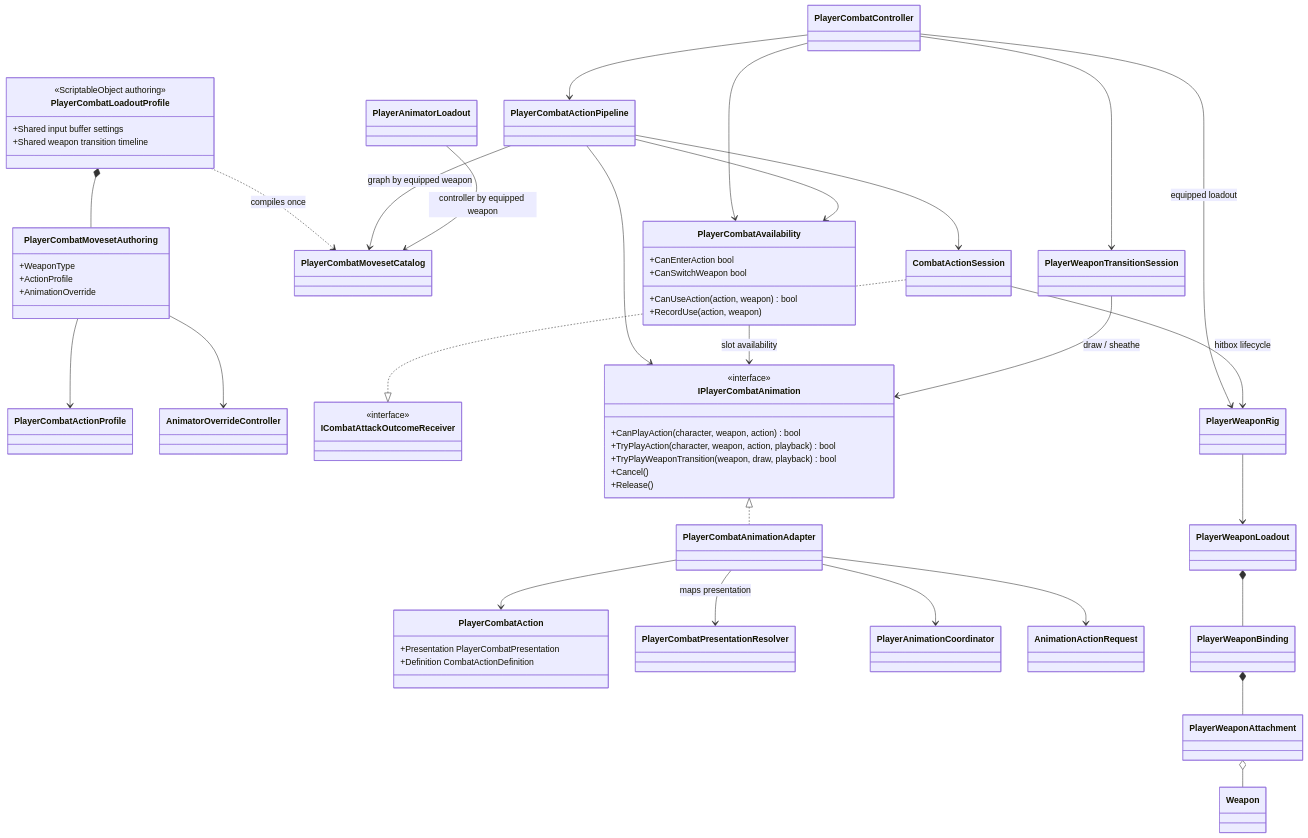
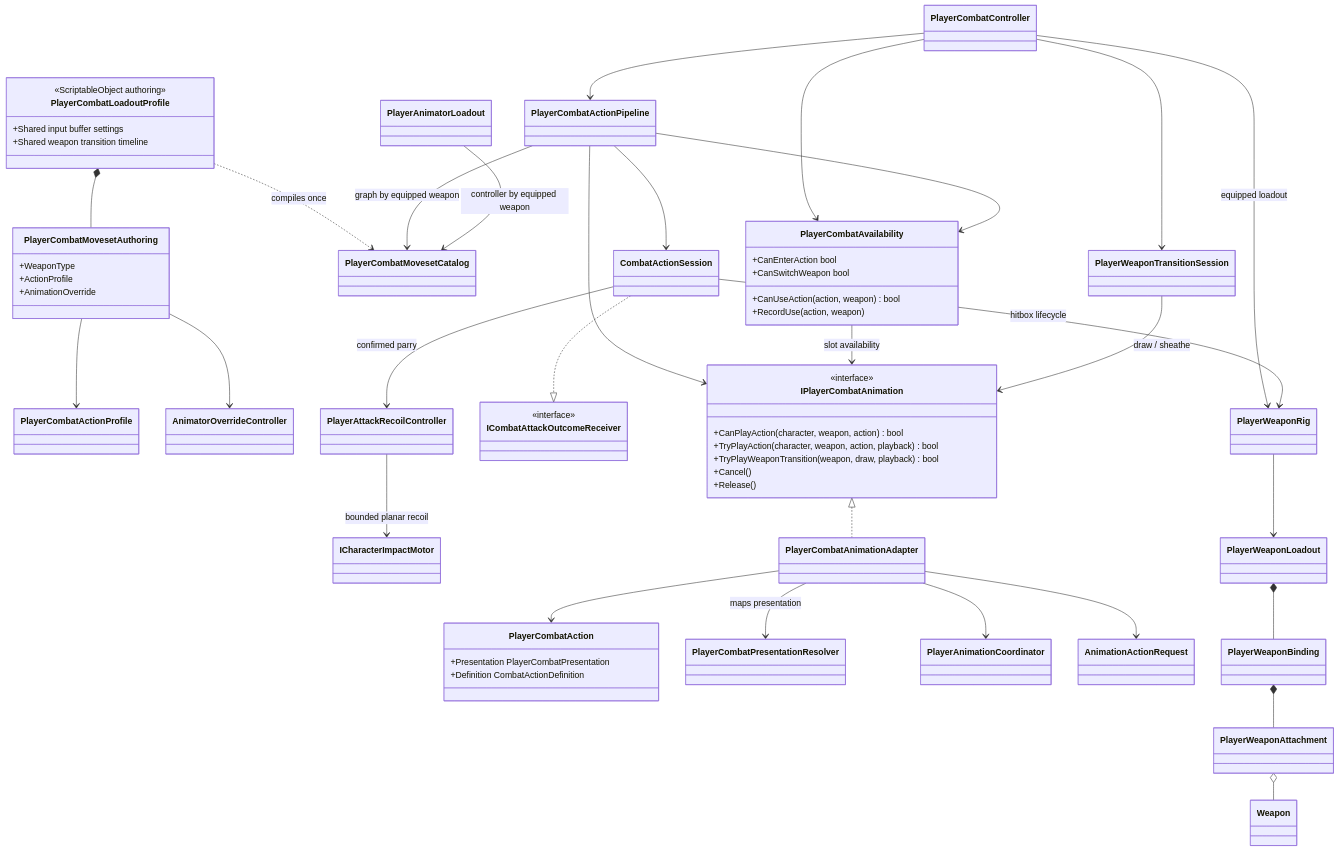
Before and after one commit to MaximFonariuc/project-s: the diagram in Assets/_App/Core/Runtime/Combat/Player/README.md, drawn with Mermaid. The commit also changed other lines of this file and 2 other files, not shown here.

Commit message:
feat(combat): add planar parry recoil

````diff
--- a/Assets/_App/Core/Runtime/Combat/Player/README.md
+++ b/Assets/_App/Core/Runtime/Combat/Player/README.md
@@ -7,78 +7,82 @@
 ```mermaid
 classDiagram
     class PlayerCombatController
     class PlayerCombatActionPipeline
     class PlayerCombatLoadoutProfile {
         <<ScriptableObject authoring>>
         +Shared input buffer settings
         +Shared weapon transition timeline
     }
     class PlayerCombatMovesetAuthoring {
         +WeaponType
         +ActionProfile
         +AnimationOverride
     }
     class PlayerCombatMovesetCatalog
     class PlayerCombatActionProfile
     class PlayerAnimatorLoadout
     class AnimatorOverrideController
     class CombatActionSession
+    class PlayerAttackRecoilController
+    class ICharacterImpactMotor
     class ICombatAttackOutcomeReceiver {
         <<interface>>
     }
     class PlayerWeaponTransitionSession
     class PlayerCombatAvailability {
         +CanEnterAction bool
         +CanSwitchWeapon bool
         +CanUseAction(action, weapon) bool
         +RecordUse(action, weapon)
     }
     class IPlayerCombatAnimation {
         <<interface>>
         +CanPlayAction(character, weapon, action) bool
         +TryPlayAction(character, weapon, action, playback) bool
         +TryPlayWeaponTransition(weapon, draw, playback) bool
         +Cancel()
         +Release()
     }
     class PlayerCombatAction {
         +Presentation PlayerCombatPresentation
         +Definition CombatActionDefinition
     }
     class PlayerCombatAnimationAdapter
     class PlayerCombatPresentationResolver
     class PlayerAnimationCoordinator
     class AnimationActionRequest
     class PlayerWeaponRig
     class PlayerWeaponLoadout
     class PlayerWeaponBinding
     class PlayerWeaponAttachment
     class Weapon
 
     PlayerCombatController --> PlayerCombatActionPipeline
     PlayerCombatLoadoutProfile *-- PlayerCombatMovesetAuthoring
     PlayerCombatMovesetAuthoring --> PlayerCombatActionProfile
     PlayerCombatMovesetAuthoring --> AnimatorOverrideController
     PlayerCombatLoadoutProfile ..> PlayerCombatMovesetCatalog : compiles once
     PlayerCombatActionPipeline --> PlayerCombatMovesetCatalog : graph by equipped weapon
     PlayerAnimatorLoadout --> PlayerCombatMovesetCatalog : controller by equipped weapon
     PlayerCombatActionPipeline --> IPlayerCombatAnimation
     PlayerCombatActionPipeline --> CombatActionSession
     CombatActionSession ..|> ICombatAttackOutcomeReceiver
+    CombatActionSession --> PlayerAttackRecoilController : confirmed parry
+    PlayerAttackRecoilController --> ICharacterImpactMotor : bounded planar recoil
     PlayerCombatController --> PlayerWeaponTransitionSession
     PlayerCombatController --> PlayerCombatAvailability
     IPlayerCombatAnimation <|.. PlayerCombatAnimationAdapter
     PlayerCombatAnimationAdapter --> PlayerCombatAction
     PlayerCombatAnimationAdapter --> PlayerCombatPresentationResolver : maps presentation
     PlayerCombatAvailability --> IPlayerCombatAnimation : slot availability
     PlayerWeaponTransitionSession --> IPlayerCombatAnimation : draw / sheathe
     PlayerCombatAnimationAdapter --> PlayerAnimationCoordinator
     PlayerCombatAnimationAdapter --> AnimationActionRequest
     PlayerCombatActionPipeline --> PlayerCombatAvailability
     PlayerCombatController --> PlayerWeaponRig : equipped loadout
     CombatActionSession --> PlayerWeaponRig : hitbox lifecycle
     PlayerWeaponRig --> PlayerWeaponLoadout
     PlayerWeaponLoadout *-- PlayerWeaponBinding
     PlayerWeaponBinding *-- PlayerWeaponAttachment
     PlayerWeaponAttachment o-- Weapon
 ```
````
